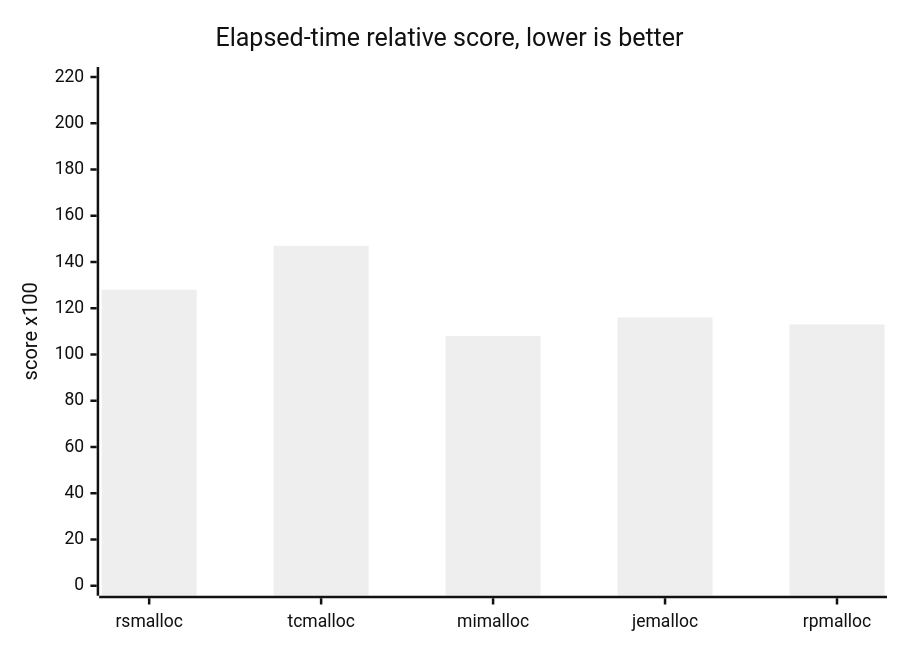
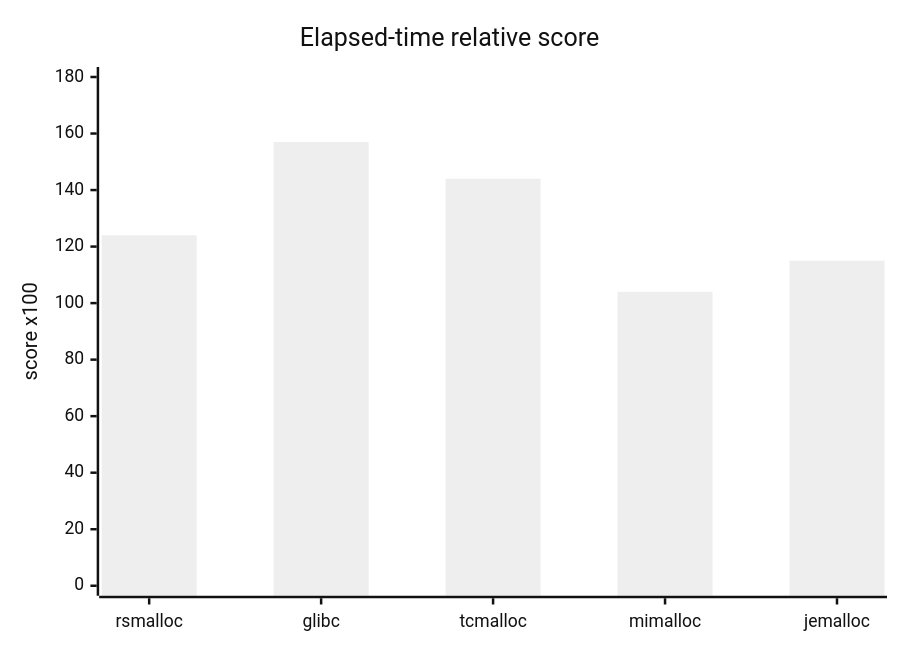
Before and after one commit to Metehan120/rsmalloc: the third of 8 diagrams in benchmarks/benchmarks.md, drawn with Mermaid (neutral theme). The commit also changed other lines of this file and 13 other files, not shown here.

````diff
--- a/benchmarks/benchmarks.md
+++ b/benchmarks/benchmarks.md
@@ -122,7 +100,7 @@
 ```mermaid
 xychart-beta
-    title "Elapsed-time relative score, lower is better"
-    x-axis [rsmalloc, tcmalloc, mimalloc, jemalloc, rpmalloc]
-    y-axis "score x100" 0 --> 220
-    bar [128, 147, 108, 116, 113]
+    title "Elapsed-time relative score"
+    x-axis [rsmalloc, glibc, tcmalloc, mimalloc, jemalloc]
+    y-axis "score x100" 0 --> 180
+    bar [124, 157, 144, 104, 115]
 ```
````
